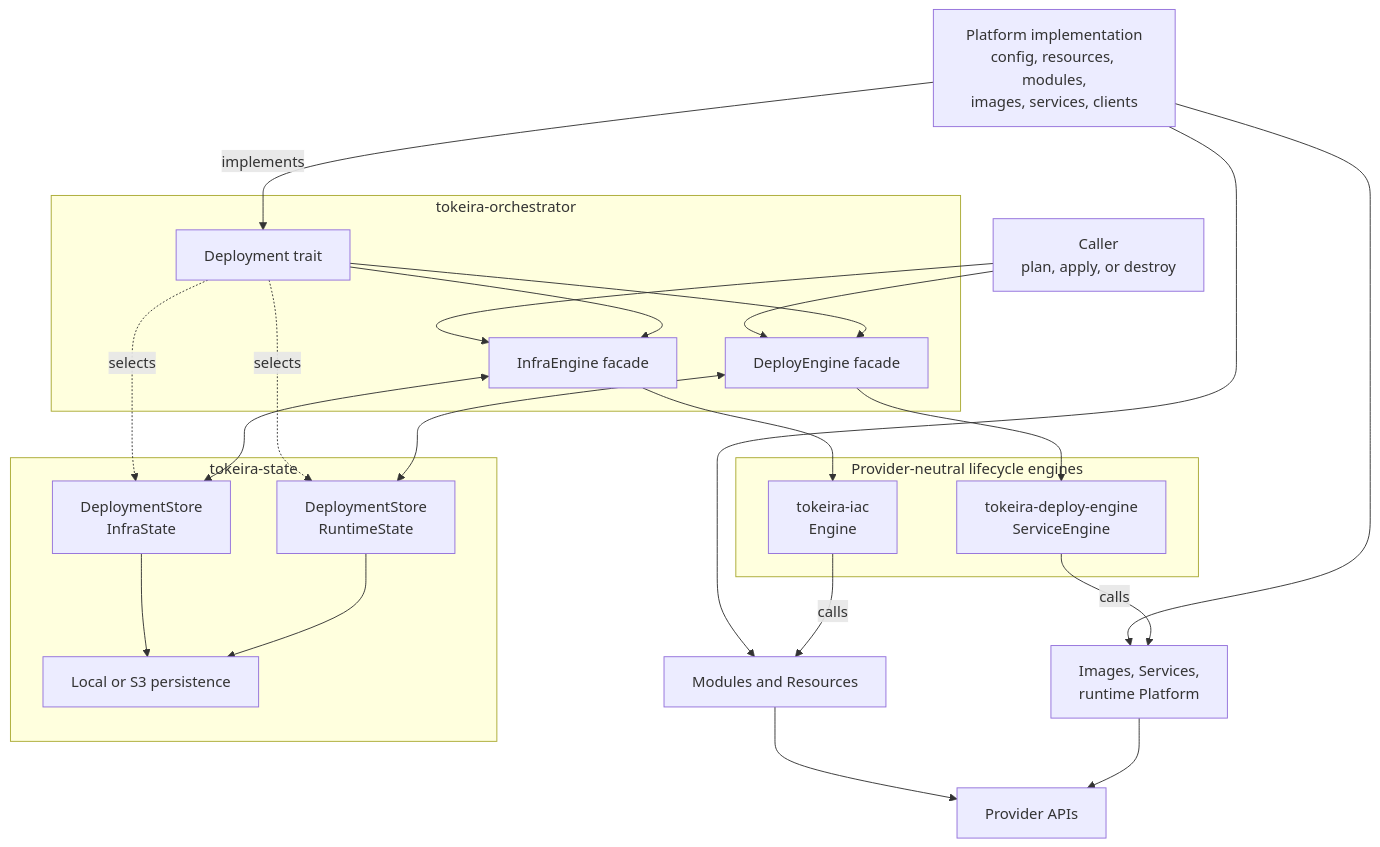
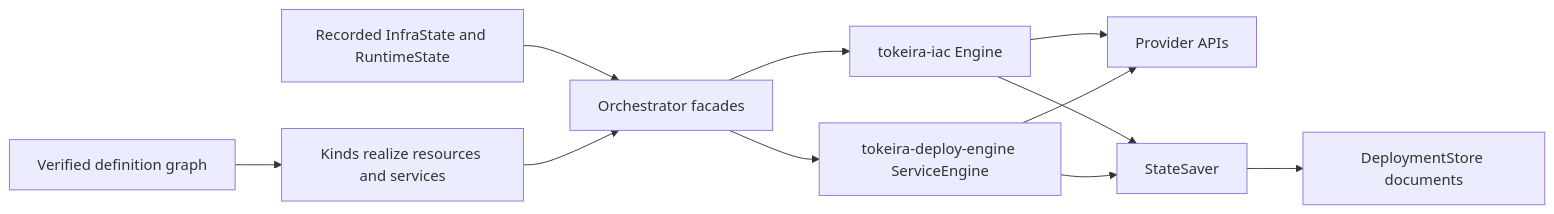
The diagram in docs/iac/README.md (tokeira/tokeira), drawn with Mermaid before and after one commit. The commit also changed other lines of this file and 2 other files, not shown here.

First line of the commit message:
docs(iac): document the engine and state contracts

````diff
--- a/docs/iac/README.md
+++ b/docs/iac/README.md
@@ -36,46 +35,13 @@
 ```mermaid
-flowchart TB
-    Caller["Caller<br/>plan, apply, or destroy"]
-    Platform["Platform implementation<br/>config, resources, modules,<br/>images, services, clients"]
-
-    subgraph Orchestration["tokeira-orchestrator"]
-        Deployment["Deployment trait"]
-        InfraFacade["InfraEngine facade"]
-        RuntimeFacade["DeployEngine facade"]
-    end
-
-    subgraph Lifecycle["Provider-neutral lifecycle engines"]
-        IacEngine["tokeira-iac<br/>Engine"]
-        ServiceEngine["tokeira-deploy-engine<br/>ServiceEngine"]
-    end
-
-    subgraph Persistence["tokeira-state"]
-        InfraStore["DeploymentStore<br/>InfraState"]
-        RuntimeStore["DeploymentStore<br/>RuntimeState"]
-        Backends["Local or S3 persistence"]
-    end
-
-    InfraObjects["Modules and Resources"]
-    RuntimeObjects["Images, Services,<br/>runtime Platform"]
-    Provider["Provider APIs"]
-
-    Platform -->|implements| Deployment
-    Platform --> InfraObjects
-    Platform --> RuntimeObjects
-    Caller --> InfraFacade
-    Caller --> RuntimeFacade
-    Deployment --> InfraFacade
-    Deployment --> RuntimeFacade
-    Deployment -. selects .-> InfraStore
-    Deployment -. selects .-> RuntimeStore
-    InfraFacade --> IacEngine
-    RuntimeFacade --> ServiceEngine
-    IacEngine -->|calls| InfraObjects
-    ServiceEngine -->|calls| RuntimeObjects
-    InfraFacade <--> InfraStore
-    RuntimeFacade <--> RuntimeStore
-    InfraStore --> Backends
-    RuntimeStore --> Backends
-    InfraObjects --> Provider
-    RuntimeObjects --> Provider
+flowchart LR
+    Definition["Verified definition graph"] --> Realize["Kinds realize resources and services"]
+    Recorded["Recorded InfraState and RuntimeState"] --> Orchestration["Orchestrator facades"]
+    Realize --> Orchestration
+    Orchestration --> Infra["tokeira-iac Engine"]
+    Orchestration --> Deploy["tokeira-deploy-engine ServiceEngine"]
+    Infra --> Provider["Provider APIs"]
+    Deploy --> Provider
+    Infra --> Save["StateSaver"]
+    Deploy --> Save
+    Save --> Stores["DeploymentStore documents"]
 ```
````
